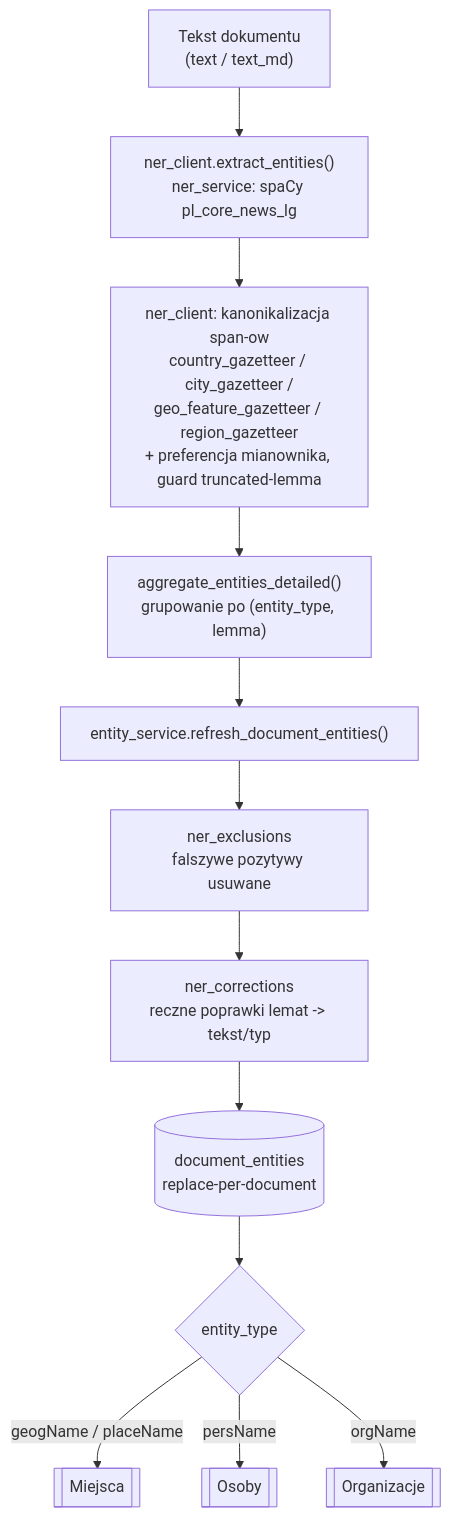
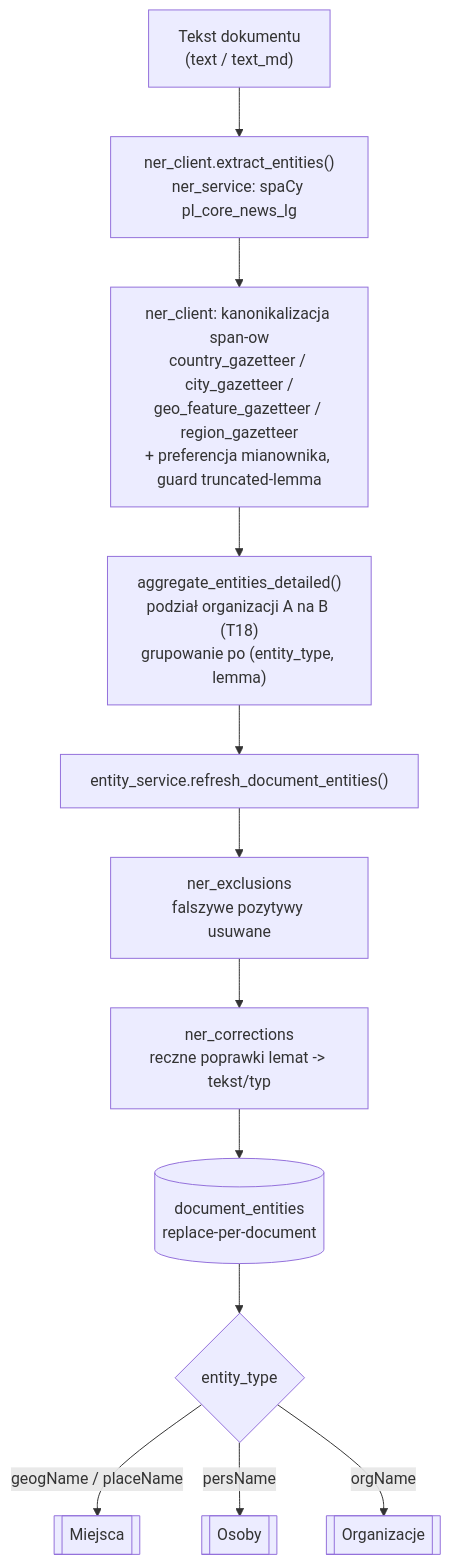
The first of 4 diagrams in docs/ner-entity-diagnose-case-log.md (ziutus/ai_assistant_lenie), drawn with Mermaid before and after one commit. The commit also changed other lines of this file and 3 other files, not shown here.

````diff
--- a/docs/ner-entity-diagnose-case-log.md
+++ b/docs/ner-entity-diagnose-case-log.md
@@ -41,14 +41,14 @@
 ```mermaid
 flowchart TD
     TXT["Tekst dokumentu<br/>(text / text_md)"] --> NER["ner_client.extract_entities()<br/>ner_service: spaCy pl_core_news_lg"]
     NER --> CANON["ner_client: kanonikalizacja span-ow<br/>country_gazetteer / city_gazetteer /<br/>geo_feature_gazetteer / region_gazetteer<br/>+ preferencja mianownika, guard truncated-lemma"]
-    CANON --> AGG["aggregate_entities_detailed()<br/>grupowanie po (entity_type, lemma)"]
+    CANON --> AGG["aggregate_entities_detailed()<br/>podział organizacji A na B (T18)<br/>grupowanie po (entity_type, lemma)"]
     AGG --> REFRESH["entity_service.refresh_document_entities()"]
     REFRESH --> EXCL["ner_exclusions<br/>falszywe pozytywy usuwane"]
     EXCL --> CORR["ner_corrections<br/>reczne poprawki lemat -> tekst/typ"]
     CORR --> DE[("document_entities<br/>replace-per-document")]
     DE --> TYPE{"entity_type"}
     TYPE -->|"geogName / placeName"| PLACE[["Miejsca"]]
     TYPE -->|"persName"| PERSON[["Osoby"]]
     TYPE -->|"orgName"| ORG[["Organizacje"]]
 ```
````
